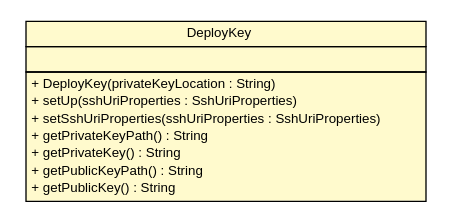
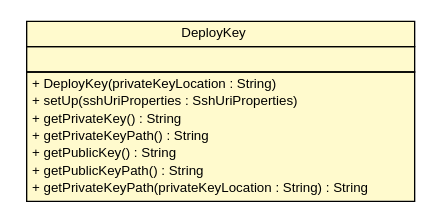
Before and after one commit to sfeng9d/spring-cloud-config: the diagram in snapshot/build-docker/maven-build-java8/spring-cloud-config/spring-cloud-config-server/apidocs/cn/home1/cloud/config/server/ssh/DeployKey.dot, drawn with Graphviz. The commit also changed 149 other files, not shown here.

Commit message:
Creating site for spring-cloud-config-server-0.0.1-SNAPSHOT

```diff
--- a/snapshot/build-docker/maven-build-java8/spring-cloud-config/spring-cloud-config-server/apidocs/cn/home1/cloud/config/server/ssh/DeployKey.dot
+++ b/snapshot/build-docker/maven-build-java8/spring-cloud-config/spring-cloud-config-server/apidocs/cn/home1/cloud/config/server/ssh/DeployKey.dot
@@ -1,30 +1,30 @@
 #!/usr/local/bin/dot
 #
 # Class diagram 
 # Generated by UMLGraph version R5_6-24-gf6e263 (http://www.umlgraph.org/)
 #
 
 digraph G {
 	edge [fontname="Helvetica",fontsize=10,labelfontname="Helvetica",labelfontsize=10];
 	node [fontname="Helvetica",fontsize=10,shape=plaintext];
 	nodesep=0.25;
 	ranksep=0.5;
 	// cn.home1.cloud.config.server.ssh.DeployKey
-	c259 [label=<<table title="cn.home1.cloud.config.server.ssh.DeployKey" border="0" cellborder="1" cellspacing="0" cellpadding="2" port="p" bgcolor="lemonChiffon" href="./DeployKey.html">
+	c245 [label=<<table title="cn.home1.cloud.config.server.ssh.DeployKey" border="0" cellborder="1" cellspacing="0" cellpadding="2" port="p" bgcolor="lemonChiffon" href="./DeployKey.html">
 		<tr><td><table border="0" cellspacing="0" cellpadding="1">
 <tr><td align="center" balign="center"> DeployKey </td></tr>
 		</table></td></tr>
 		<tr><td><table border="0" cellspacing="0" cellpadding="1">
 <tr><td align="left" balign="left">  </td></tr>
 		</table></td></tr>
 		<tr><td><table border="0" cellspacing="0" cellpadding="1">
 <tr><td align="left" balign="left"> + DeployKey(privateKeyLocation : String) </td></tr>
 <tr><td align="left" balign="left"> + setUp(sshUriProperties : SshUriProperties) </td></tr>
-<tr><td align="left" balign="left"> + setSshUriProperties(sshUriProperties : SshUriProperties) </td></tr>
+<tr><td align="left" balign="left"> + getPrivateKey() : String </td></tr>
 <tr><td align="left" balign="left"> + getPrivateKeyPath() : String </td></tr>
-<tr><td align="left" balign="left"> + getPrivateKey() : String </td></tr>
+<tr><td align="left" balign="left"> + getPublicKey() : String </td></tr>
 <tr><td align="left" balign="left"> + getPublicKeyPath() : String </td></tr>
-<tr><td align="left" balign="left"> + getPublicKey() : String </td></tr>
+<tr><td align="left" balign="left"> + getPrivateKeyPath(privateKeyLocation : String) : String </td></tr>
 		</table></td></tr>
 		</table>>, URL="./DeployKey.html", fontname="Helvetica", fontcolor="black", fontsize=10.0];
 }
```
